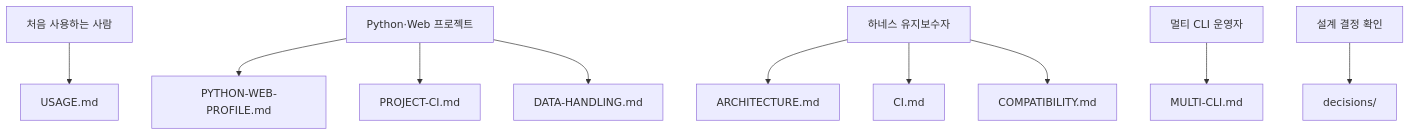
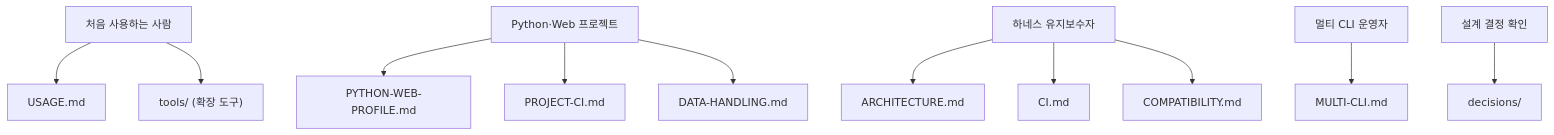
Before and after one commit to jomarusoup/Arachne: the diagram in docs/README.md, drawn with Mermaid. The commit also changed other lines of this file and 13 other files, not shown here.

````diff
--- a/docs/README.md
+++ b/docs/README.md
@@ -18,12 +22,13 @@
 ```mermaid
 flowchart TD
     R["처음 사용하는 사람"] --> U["USAGE.md"]
+    R --> T["tools/ (확장 도구)"]
     P["Python·Web 프로젝트"] --> PW["PYTHON-WEB-PROFILE.md"]
     P --> PC["PROJECT-CI.md"]
     P --> DH["DATA-HANDLING.md"]
     M["하네스 유지보수자"] --> A["ARCHITECTURE.md"]
     M --> CI["CI.md"]
     M --> C["COMPATIBILITY.md"]
     S["멀티 CLI 운영자"] --> MC["MULTI-CLI.md"]
     D["설계 결정 확인"] --> ADR["decisions/"]
 ```
````
